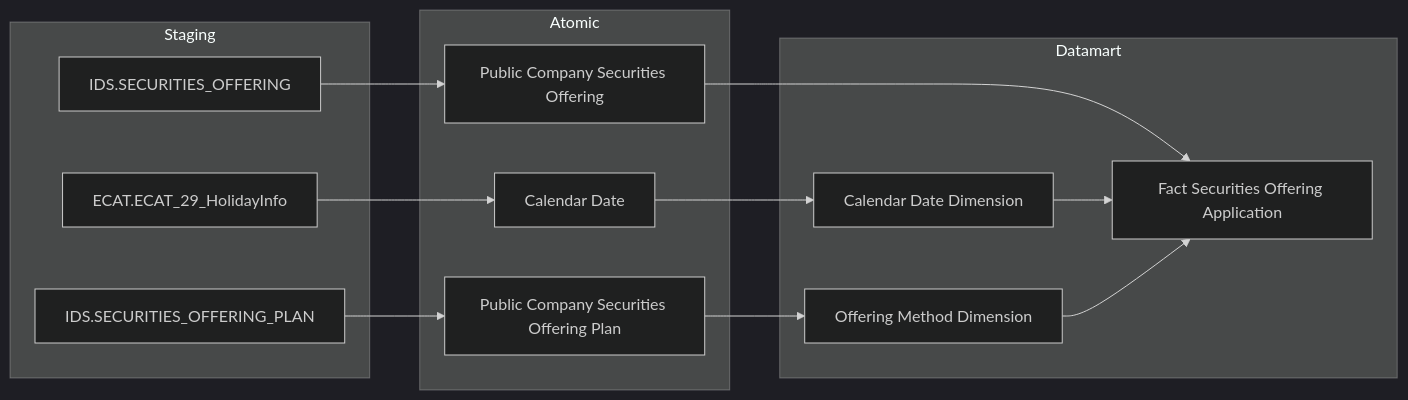
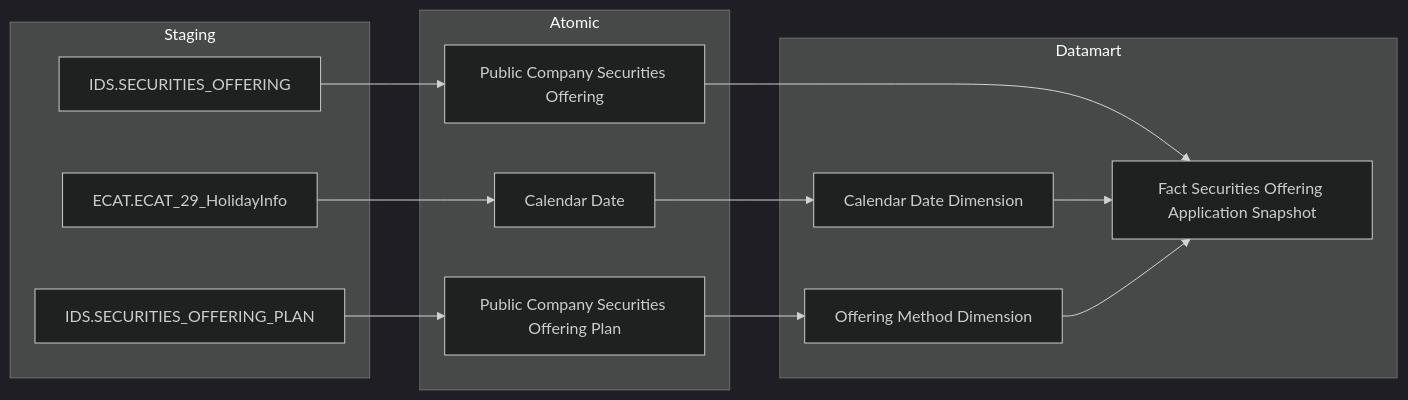
The fifth of 22 diagrams in Datamart/hld/DTM_QLCB_HLD.md (linhlvit/ubck_atomic_design), drawn with Mermaid (dark theme) before and after one commit. The commit also changed other lines of this file and 70 other files, not shown here.

````diff
--- a/Datamart/hld/DTM_QLCB_HLD.md
+++ b/Datamart/hld/DTM_QLCB_HLD.md
@@ -209,31 +209,31 @@
 ```mermaid
 flowchart LR
     subgraph SRC["Staging"]
         IDS_SECURITIES_OFFERING["IDS.SECURITIES_OFFERING"]
         IDS_SECURITIES_OFFERING_PLAN["IDS.SECURITIES_OFFERING_PLAN"]
         ECAT_ECAT_29_HolidayInfo["ECAT.ECAT_29_HolidayInfo"]
     end
 
     subgraph SIL["Atomic"]
         Public_Company_Securities_Offering["Public Company Securities Offering"]
         Public_Company_Securities_Offering_Plan["Public Company Securities Offering Plan"]
         Calendar_Date["Calendar Date"]
     end
 
     subgraph GOLD["Datamart"]
-        fct_securities_offering_application["Fact Securities Offering Application"]
+        fct_securities_offering_application_snpst["Fact Securities Offering Application Snapshot"]
         cdr_dt_dim["Calendar Date Dimension"]
         offering_method_dim["Offering Method Dimension"]
     end
 
     IDS_SECURITIES_OFFERING --> Public_Company_Securities_Offering
     IDS_SECURITIES_OFFERING_PLAN --> Public_Company_Securities_Offering_Plan
     ECAT_ECAT_29_HolidayInfo --> Calendar_Date
 
-    Public_Company_Securities_Offering --> fct_securities_offering_application
+    Public_Company_Securities_Offering --> fct_securities_offering_application_snpst
     Public_Company_Securities_Offering_Plan --> offering_method_dim
     Calendar_Date --> cdr_dt_dim
 
-    cdr_dt_dim --> fct_securities_offering_application
-    offering_method_dim --> fct_securities_offering_application
+    cdr_dt_dim --> fct_securities_offering_application_snpst
+    offering_method_dim --> fct_securities_offering_application_snpst
 ```
````
